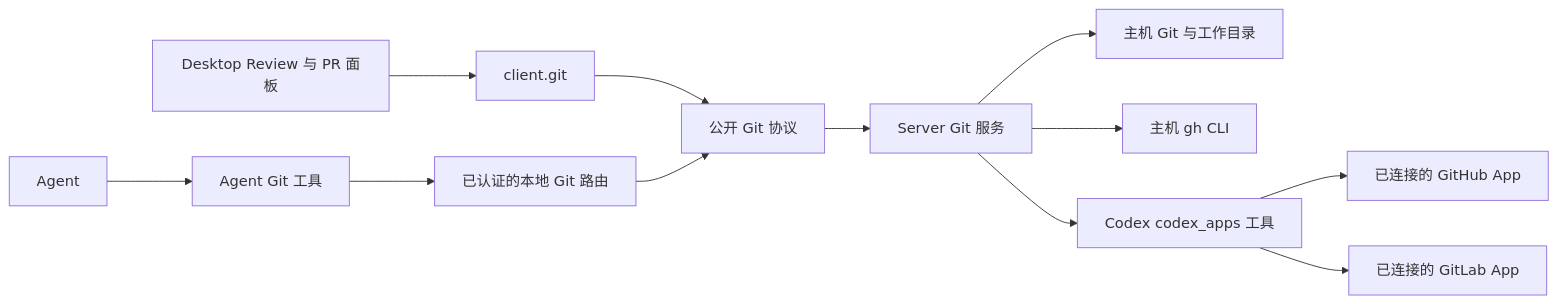
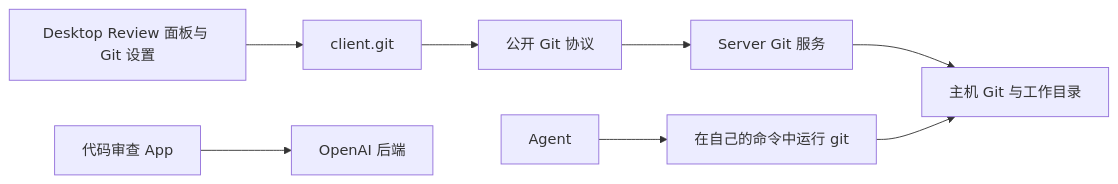
Before and after one commit to cypheriaweb3/cypheria: the diagram in docs/git.zh-CN.md, drawn with Mermaid. The commit also changed other lines of this file and 109 other files, not shown here.

First line of the commit message:
desktop: Code Review MCP App, its page and Thread panel, and the Git, Worktrees, and Code Review settings

````diff
--- a/docs/git.zh-CN.md
+++ b/docs/git.zh-CN.md
@@ -11,14 +11,10 @@
 ```mermaid
 flowchart LR
-  Desktop[Desktop Review 与 PR 面板] --> Client[client.git]
-  Agent[Agent] --> Tools[Agent Git 工具]
-  Tools --> Route[已认证的本地 Git 路由]
+  Desktop[Desktop Review 面板与 Git 设置] --> Client[client.git]
   Client --> Protocol[公开 Git 协议]
-  Route --> Protocol
   Protocol --> Server[Server Git 服务]
   Server --> Git[主机 Git 与工作目录]
-  Server --> Gh[主机 gh CLI]
-  Server --> Apps[Codex codex_apps 工具]
-  Apps --> GitHub[已连接的 GitHub App]
-  Apps --> GitLab[已连接的 GitLab App]
+  Agent[Agent] --> Shell[在自己的命令中运行 git]
+  Shell --> Git
+  CodeReview[代码审查 App] --> Backend[OpenAI 后端]
 ```
````
